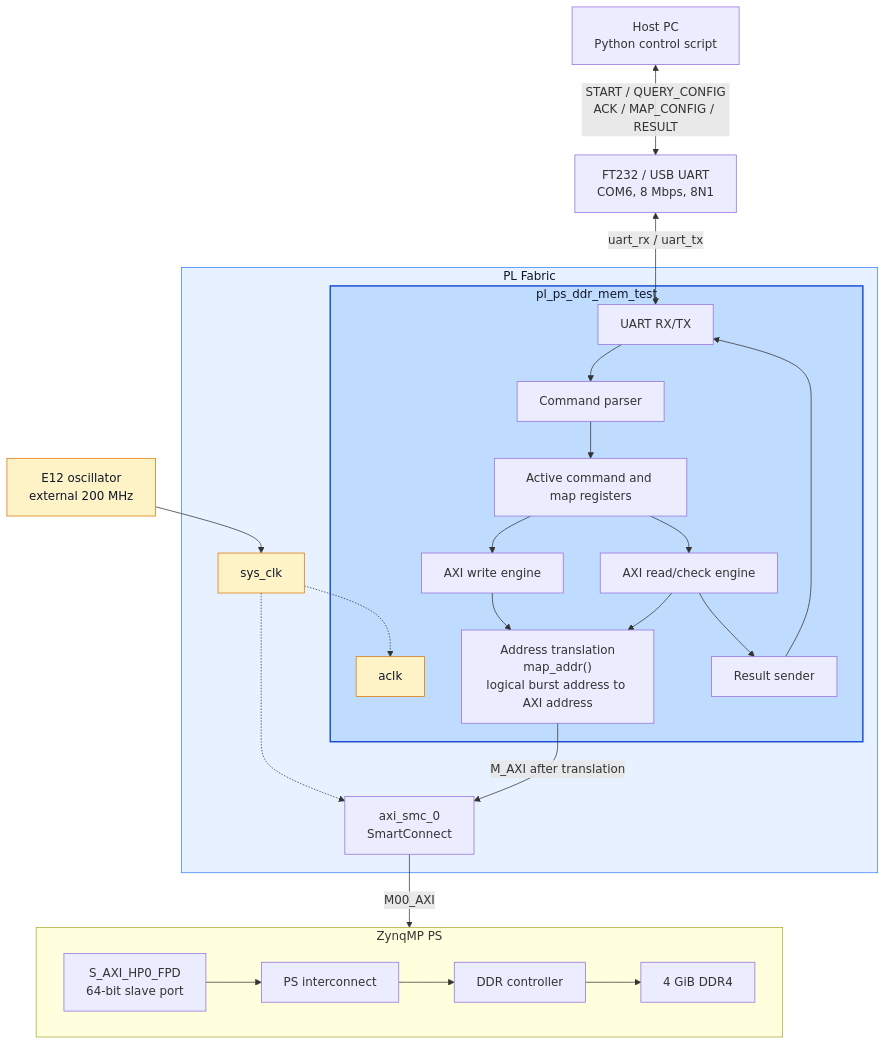
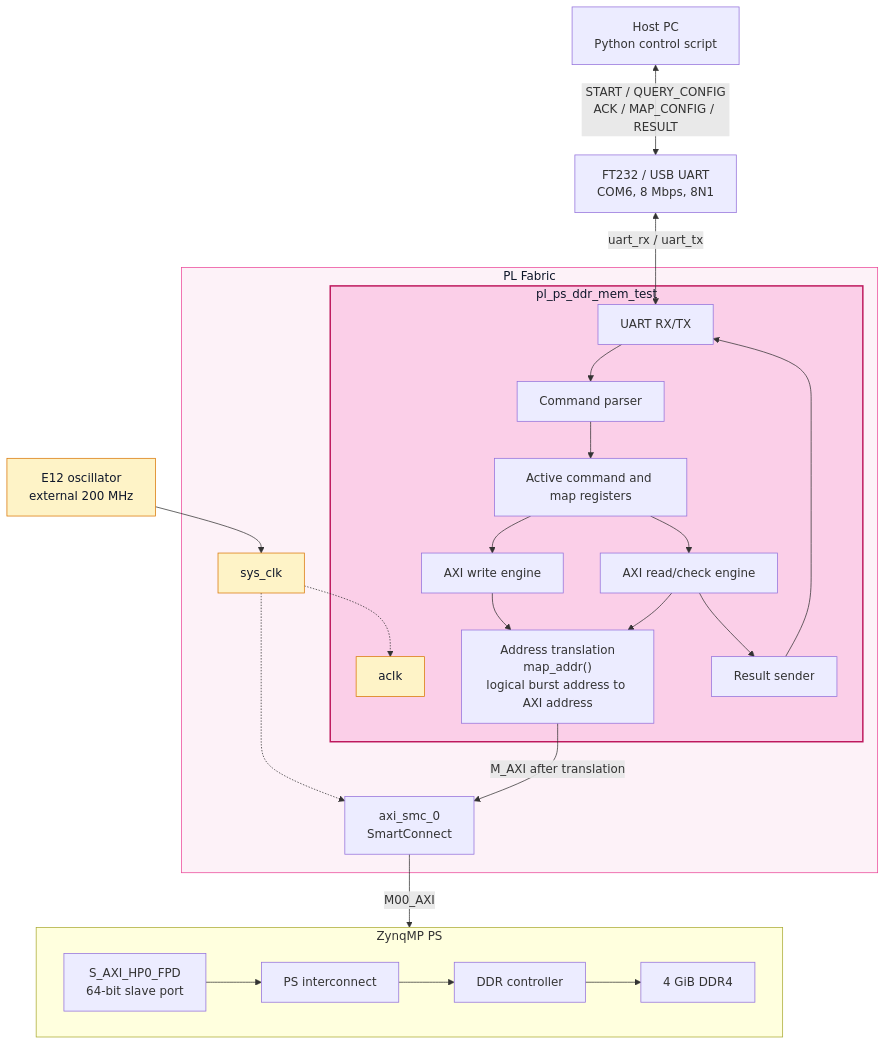
The second of 9 diagrams in README.md (RESBI/ZU4EV-PL-to-PS-DDR-TEST), drawn with Mermaid before and after one commit.

Commit message:
Polish top-level architecture diagram

````diff
--- a/README.md
+++ b/README.md
@@ -333,56 +333,56 @@
 ```mermaid
 flowchart TB
     Host["Host PC<br/>Python control script"]
     Usb["FT232 / USB UART<br/>COM6, 8 Mbps, 8N1"]
     Clk["E12 oscillator<br/>external 200 MHz"]
 
     Host <-->|START / QUERY_CONFIG<br/>ACK / MAP_CONFIG / RESULT| Usb
     Clk --> SysClk
 
     subgraph PL["PL Fabric"]
         SysClk["sys_clk"]
 
         subgraph Tester["pl_ps_ddr_mem_test"]
             Aclk["aclk"]
             Uart["UART RX/TX"]
             Parser["Command parser"]
             Active["Active command and map registers"]
             Write["AXI write engine"]
             Read["AXI read/check engine"]
             Map["Address translation<br/>map_addr()<br/>logical burst address to AXI address"]
             Result["Result sender"]
 
             Uart --> Parser
             Parser --> Active
             Active --> Write
             Write --> Map
             Active --> Read
             Read --> Map
             Read --> Result
             Result --> Uart
         end
 
         SysClk -.-> Aclk
         SysClk -.-> Smc["axi_smc_0<br/>SmartConnect"]
         Map -->|M_AXI after translation| Smc
     end
 
     Usb <-->|uart_rx / uart_tx| Uart
 
-    Smc -->|M00_AXI| HpPort
-
     subgraph PS["ZynqMP PS"]
         direction LR
         HpPort["S_AXI_HP0_FPD<br/>64-bit slave port"]
         HpPort --> Interconnect["PS interconnect"]
         Interconnect --> DdrCtrl["DDR controller"]
         DdrCtrl --> Ddr["4 GiB DDR4"]
     end
 
-    classDef fabric fill:#e8f1ff,stroke:#3b82f6,stroke-width:1px,color:#0f172a
-    classDef tester fill:#bfdbfe,stroke:#1d4ed8,stroke-width:2px,color:#0f172a
+    Smc -->|M00_AXI| HpPort
+
+    classDef fabric fill:#fdf2f8,stroke:#ec4899,stroke-width:1px,color:#0f172a
+    classDef tester fill:#fbcfe8,stroke:#be185d,stroke-width:2px,color:#0f172a
     classDef clock fill:#fef3c7,stroke:#d97706,stroke-width:1px,color:#0f172a
     class PL fabric
     class Tester tester
     class Clk,SysClk,Aclk clock
 ```
````
